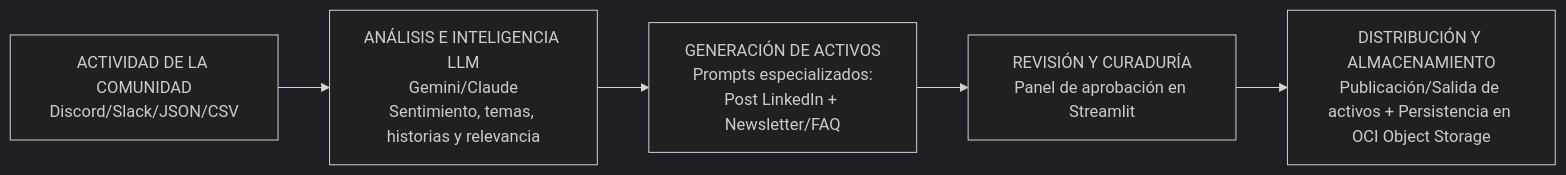
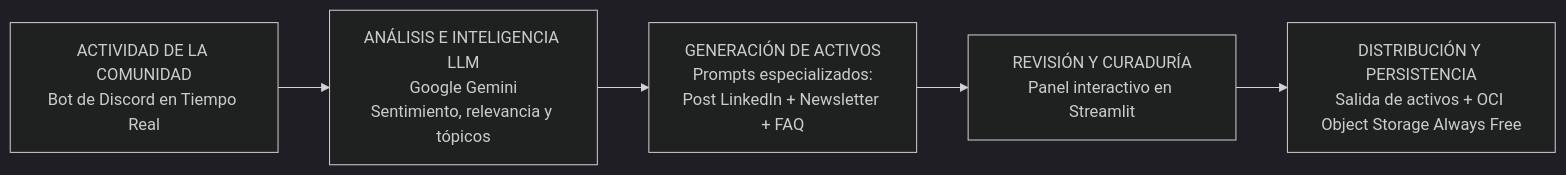
The diagram in README.md (No-Country-simulation/G10-LATAM-EQUIPO43-CommunityLab), drawn with Mermaid (dark theme) before and after one commit. The commit also changed other lines of this file, not shown here.

````diff
--- a/README.md
+++ b/README.md
@@ -11,8 +34,8 @@
 ```mermaid
 flowchart LR
-    A[ACTIVIDAD DE LA COMUNIDAD<br/>Discord/Slack/JSON/CSV] 
-    A --> B[ANÁLISIS E INTELIGENCIA LLM<br/>Gemini/Claude<br/>Sentimiento, temas, historias y relevancia]
-    B --> C[GENERACIÓN DE ACTIVOS<br/>Prompts especializados:<br/>Post LinkedIn + Newsletter/FAQ]
-    C --> D[REVISIÓN Y CURADURÍA<br/>Panel de aprobación en Streamlit]
-    D --> E[DISTRIBUCIÓN Y ALMACENAMIENTO<br/>Publicación/Salida de activos + Persistencia en OCI Object Storage]
+    A[ACTIVIDAD DE LA COMUNIDAD<br/>Bot de Discord en Tiempo Real] 
+    A --> B[ANÁLISIS E INTELIGENCIA LLM<br/>Google Gemini<br/>Sentimiento, relevancia y tópicos]
+    B --> C[GENERACIÓN DE ACTIVOS<br/>Prompts especializados:<br/>Post LinkedIn + Newsletter + FAQ]
+    C --> D[REVISIÓN Y CURADURÍA<br/>Panel interactivo en Streamlit]
+    D --> E[DISTRIBUCIÓN Y PERSISTENCIA<br/>Salida de activos + OCI Object Storage Always Free]
 ```
````
